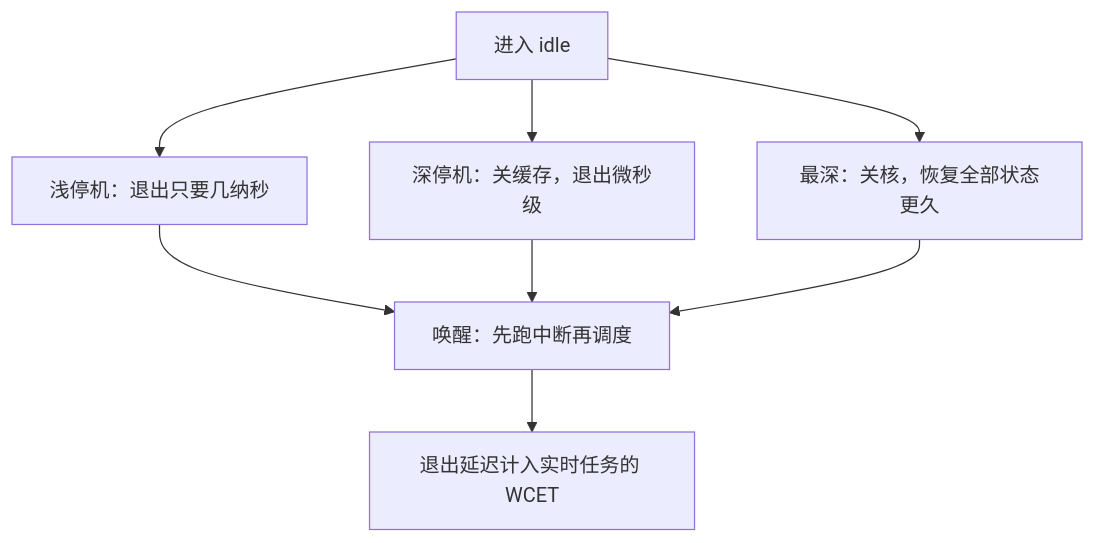
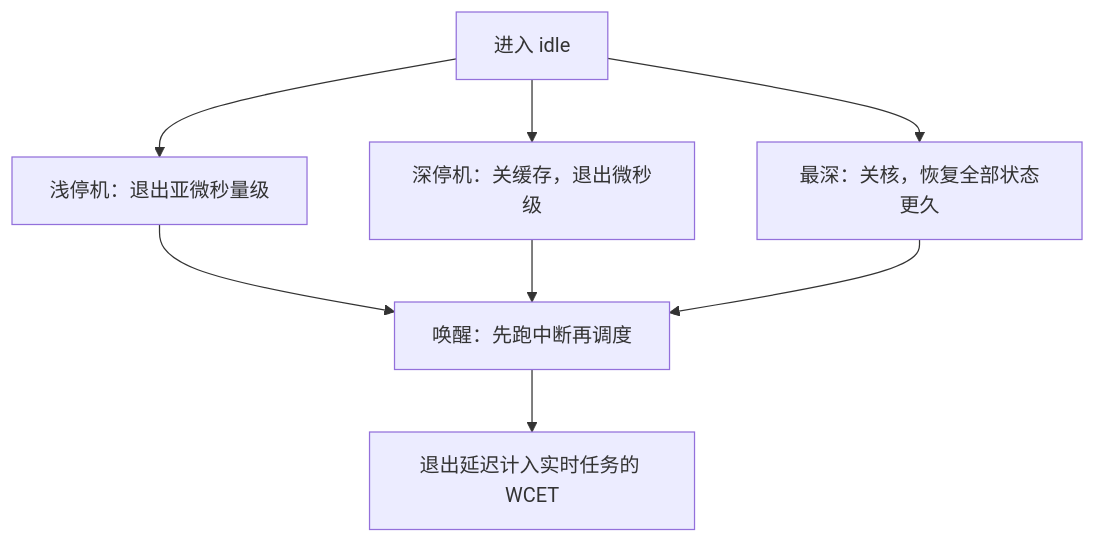
Before and after one commit to xhongduo-tech/xhongduo-tech.github.io: the second of 2 diagrams in docs/cs/idle-thread.md, drawn with Mermaid. The commit also changed 8 other files, not shown here.

````diff
--- a/docs/cs/idle-thread.md
+++ b/docs/cs/idle-thread.md
@@ -44,10 +44,10 @@
 ```mermaid
 flowchart TD
-  IDLE["进入 idle"] --> C0["浅停机：退出只要几纳秒"]
+  IDLE["进入 idle"] --> C0["浅停机：退出亚微秒量级"]
   IDLE --> C2["深停机：关缓存，退出微秒级"]
   IDLE --> C6["最深：关核，恢复全部状态更久"]
   C0 --> W["唤醒：先跑中断再调度"]
   C2 --> W
   C6 --> W
   W --> D["退出延迟计入实时任务的 WCET"]
 ```
````
